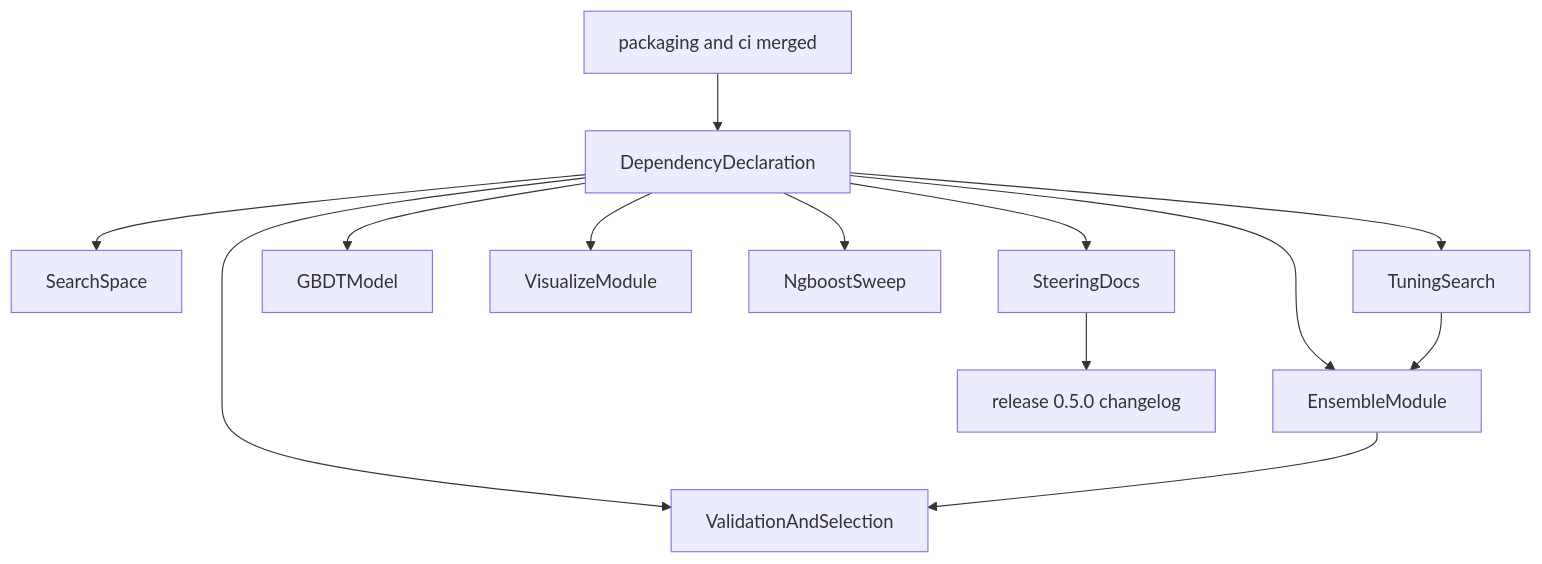
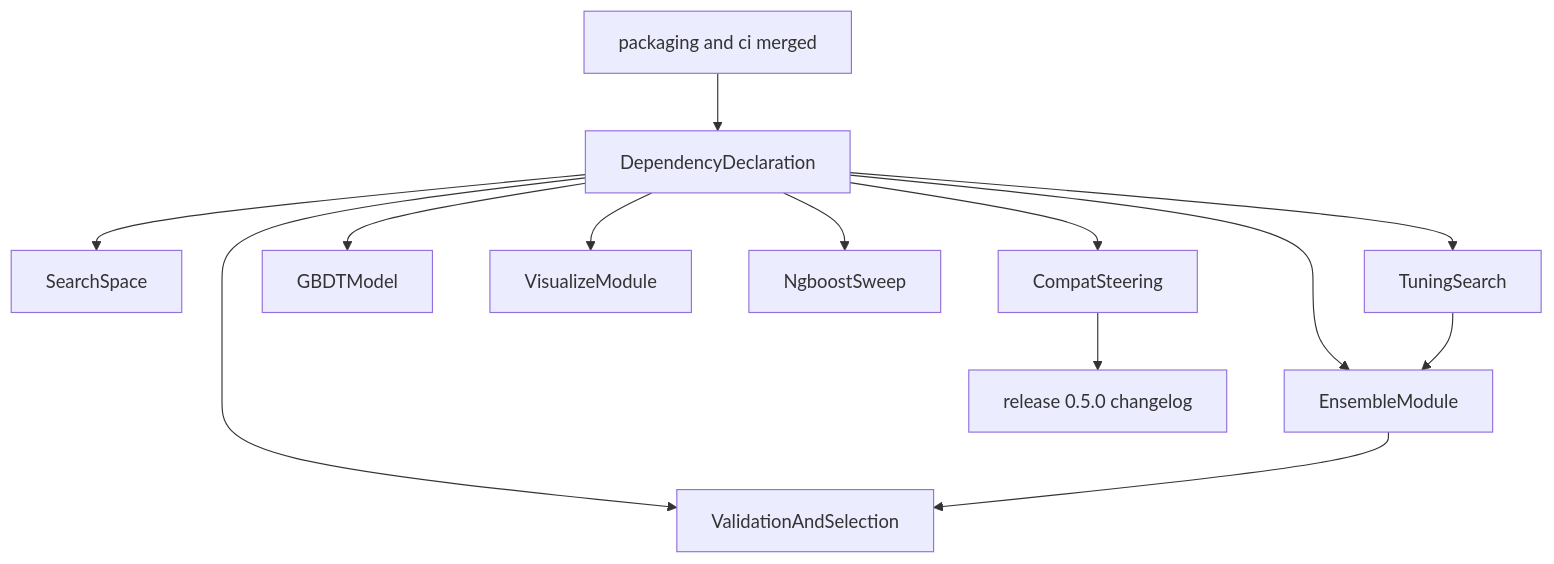
Before and after one commit to yu9824/yikit: the first of 2 diagrams in .kiro/specs/drop-legacy-compat/design.md, drawn with Mermaid. The commit also changed other lines of this file and 10 other files, not shown here.

````diff
--- a/.kiro/specs/drop-legacy-compat/design.md
+++ b/.kiro/specs/drop-legacy-compat/design.md
@@ -63,15 +69,15 @@
 ```mermaid
 graph TB
     Upstream[packaging and ci merged] --> DependencyDeclaration
     DependencyDeclaration --> ValidationAndSelection
     DependencyDeclaration --> SearchSpace
     DependencyDeclaration --> TuningSearch
     DependencyDeclaration --> EnsembleModule
     DependencyDeclaration --> GBDTModel
     DependencyDeclaration --> VisualizeModule
     DependencyDeclaration --> NgboostSweep
     EnsembleModule --> ValidationAndSelection
     TuningSearch --> EnsembleModule
-    DependencyDeclaration --> SteeringDocs
-    SteeringDocs --> ReleaseNotes[release 0.5.0 changelog]
+    DependencyDeclaration --> CompatSteering
+    CompatSteering --> ReleaseNotes[release 0.5.0 changelog]
 ```
````
